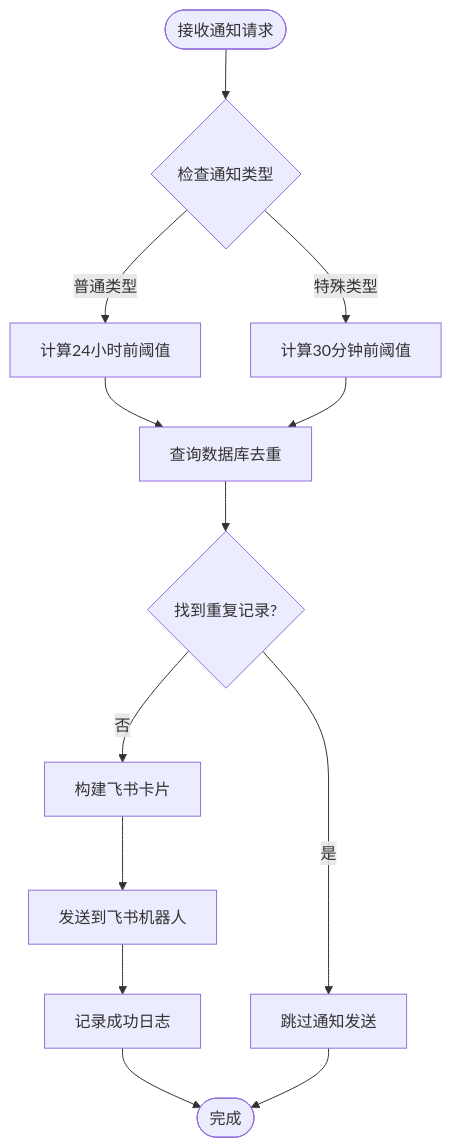
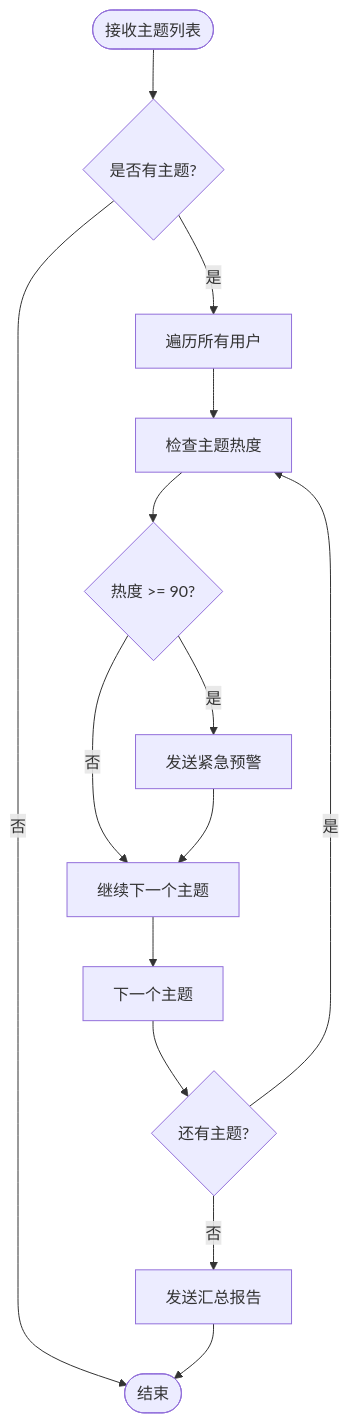
The fourth of 6 diagrams in .qoder/repowiki/zh/content/Old Notification System.md (breeze-lyf/ai-stock-advisor), drawn with Mermaid before and after one commit. The commit also changed other lines of this file and 43 other files, not shown here.

````diff
--- a/.qoder/repowiki/zh/content/Old Notification System.md
+++ b/.qoder/repowiki/zh/content/Old Notification System.md
@@ -181,15 +221,16 @@
 ```mermaid
 flowchart TD
-Start([接收通知请求]) --> CheckType{检查通知类型}
-CheckType --> |普通类型| CalcDay["计算24小时前阈值"]
-CheckType --> |特殊类型| CalcMin["计算30分钟前阈值"]
-CalcDay --> QueryDB["查询数据库去重"]
-CalcMin --> QueryDB
-QueryDB --> HasRecord{"找到重复记录?"}
-HasRecord --> |是| SkipNotify["跳过通知发送"]
-HasRecord --> |否| BuildPayload["构建飞书卡片"]
-BuildPayload --> SendFeishu["发送到飞书机器人"]
-SendFeishu --> LogSuccess["记录成功日志"]
-LogSuccess --> End([完成])
-SkipNotify --> End
+Start([接收主题列表]) --> CheckTopics{是否有主题?}
+CheckTopics --> |否| End([结束])
+CheckTopics --> |是| IterateUsers["遍历所有用户"]
+IterateUsers --> CheckHeat["检查主题热度"]
+CheckHeat --> HighAlert{"热度 >= 90?"}
+HighAlert --> |是| SendEmergency["发送紧急预警"]
+HighAlert --> |否| ContinueLoop["继续下一个主题"]
+SendEmergency --> ContinueLoop
+ContinueLoop --> NextTopic["下一个主题"]
+NextTopic --> CheckTopics2{还有主题?}
+CheckTopics2 --> |是| CheckHeat
+CheckTopics2 --> |否| SendSummary["发送汇总报告"]
+SendSummary --> End
 ```
````
